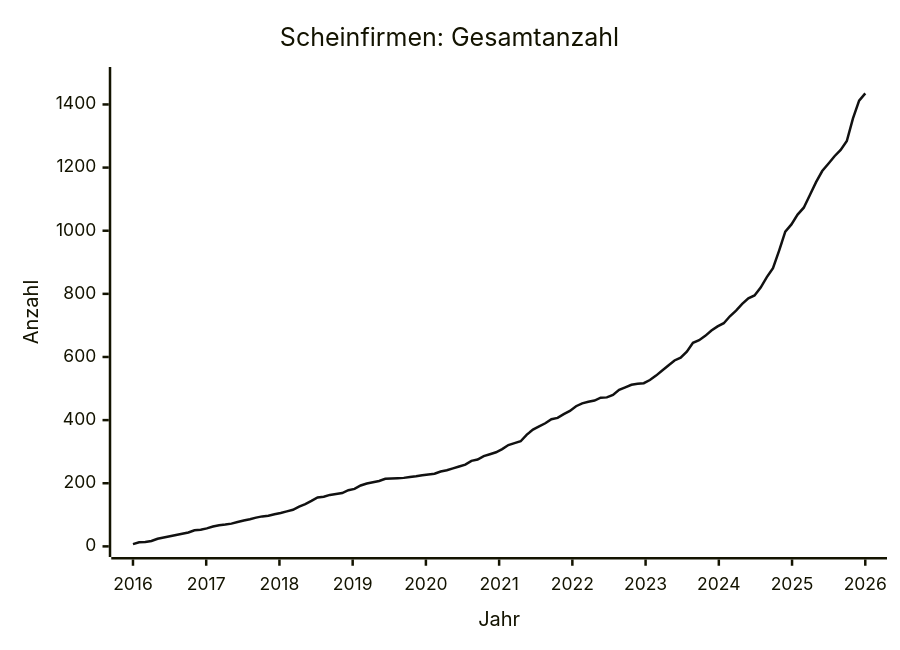
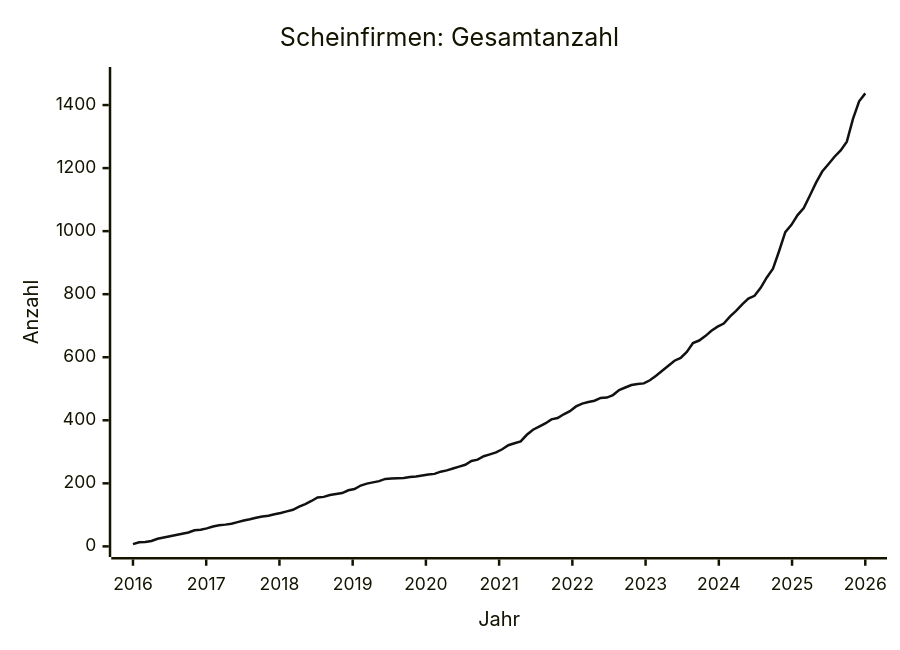
Before and after one commit to arjoma/scheinfirmen-at: the diagram in data/STATS.md, drawn with Mermaid. The commit also changed other lines of this file and 3 other files, not shown here.

````diff
--- a/data/STATS.md
+++ b/data/STATS.md
@@ -9,13 +9,13 @@
 ```mermaid
 ---
 config:
   themeVariables:
     xyChart:
       plotColorPalette: "#111111"
 ---
 xychart-beta
     title "Scheinfirmen: Gesamtanzahl"
     x-axis "Jahr" 2016 --> 2026
-    y-axis "Anzahl" 0 --> 1485
-    line [7, 13, 14, 17, 24, 28, 32, 36, 40, 44, 51, 53, 57, 63, 67, 69, 72, 77, 82, 86, 91, 95, 97, 102, 106, 111, 116, 126, 134, 144, 155, 157, 163, 166, 169, 178, 182, 193, 199, 203, 207, 214, 215, 216, 217, 220, 222, 225, 228, 230, 237, 241, 247, 253, 259, 271, 275, 286, 292, 298, 308, 321, 327, 333, 354, 370, 380, 390, 403, 407, 419, 429, 444, 453, 458, 462, 471, 472, 480, 496, 504, 512, 515, 517, 527, 541, 557, 573, 589, 598, 617, 645, 653, 667, 684, 697, 707, 729, 747, 768, 786, 795, 820, 853, 881, 937, 997, 1020, 1051, 1073, 1113, 1154, 1189, 1212, 1236, 1256, 1284, 1356, 1412, 1435]
+    y-axis "Anzahl" 0 --> 1487
+    line [7, 13, 14, 17, 24, 28, 32, 36, 40, 44, 51, 53, 57, 63, 67, 69, 72, 77, 82, 86, 91, 95, 97, 102, 106, 111, 116, 126, 134, 144, 155, 157, 163, 166, 169, 178, 182, 193, 199, 203, 207, 214, 215, 216, 217, 220, 222, 225, 228, 230, 237, 241, 247, 253, 259, 271, 275, 286, 292, 298, 308, 321, 327, 333, 354, 370, 380, 390, 403, 407, 419, 429, 444, 453, 458, 462, 471, 472, 480, 496, 504, 512, 515, 517, 527, 541, 557, 573, 589, 598, 617, 645, 653, 667, 684, 697, 707, 729, 747, 768, 786, 795, 820, 853, 881, 937, 997, 1020, 1051, 1073, 1113, 1154, 1189, 1212, 1236, 1256, 1284, 1356, 1412, 1437]
 ```
````
